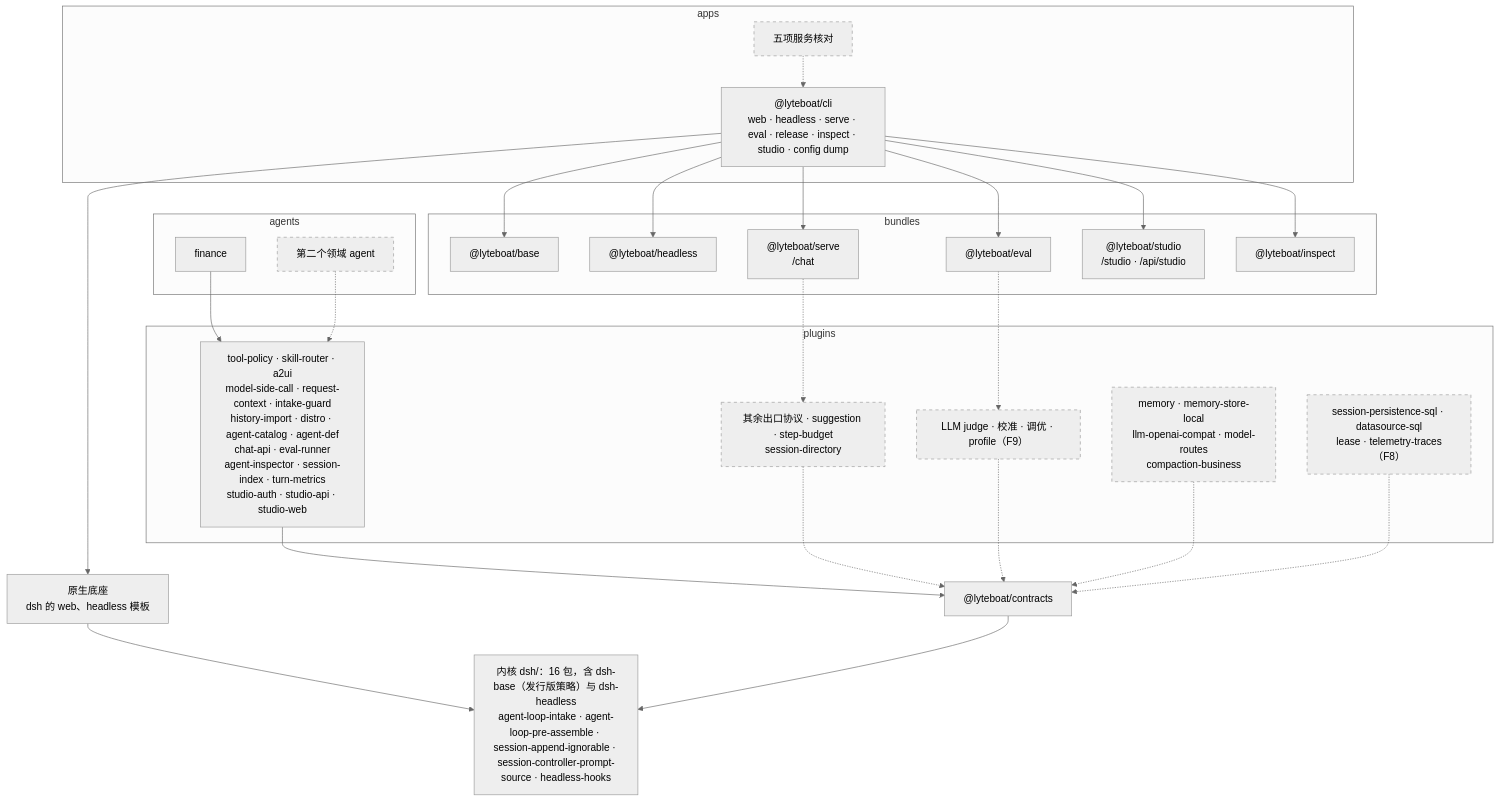
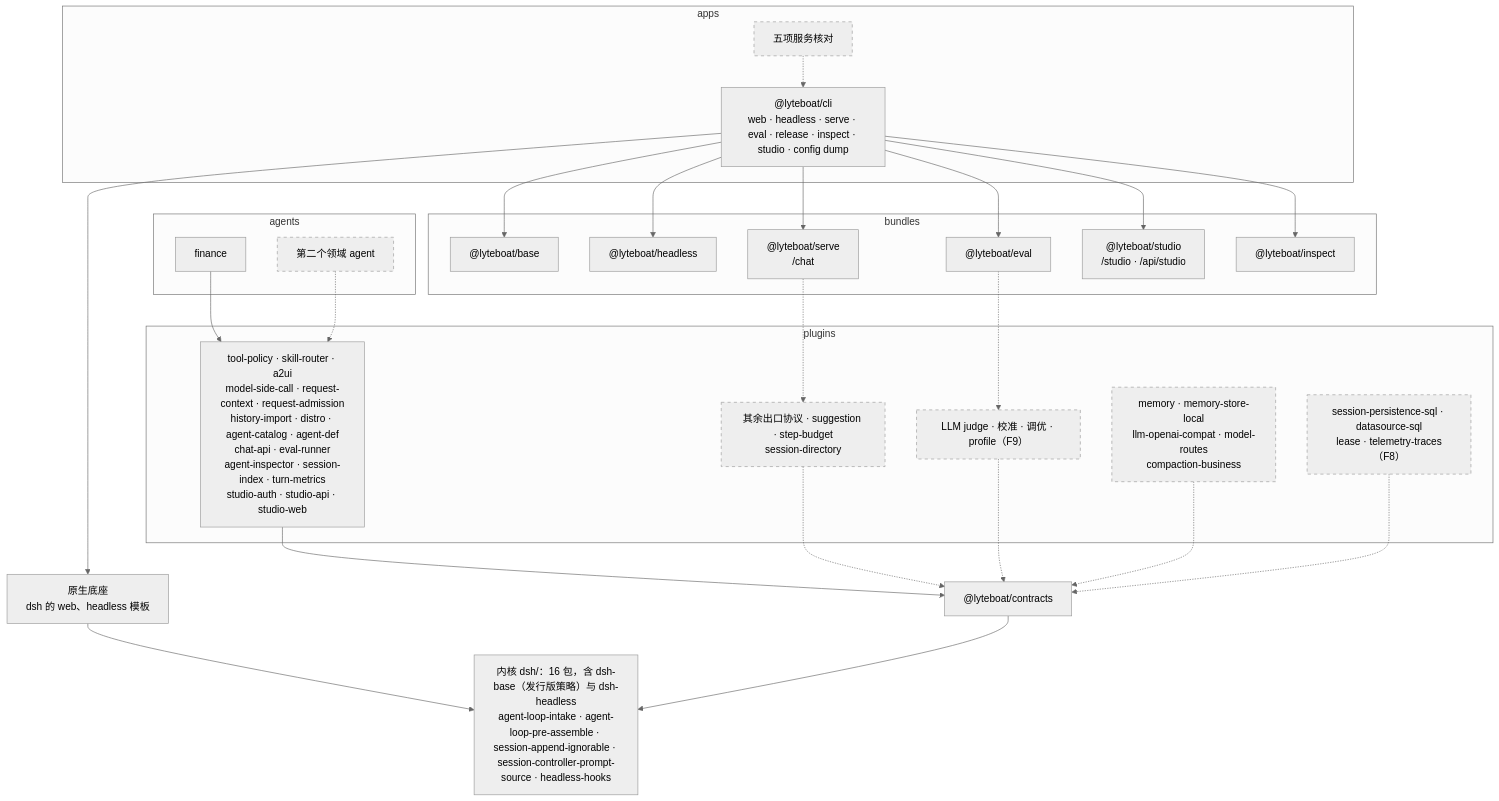
Before and after one commit to lyteboat/lyteboat: the second of 3 diagrams in docs/04-reference-alignment.md, drawn with Mermaid (neutral theme). The commit also changed other lines of this file and 7 other files, not shown here.

First line of the commit message:
docs: @lyteboat/request-admission — the docs describe admission at each turn's first step

````diff
--- a/docs/04-reference-alignment.md
+++ b/docs/04-reference-alignment.md
@@ -721,50 +720,50 @@
 ```mermaid
 flowchart TB
   subgraph APPS["apps"]
     CLI["@lyteboat/cli<br/>web · headless · serve · eval · release · inspect · studio · config dump"]
     CLIN["五项服务核对"]
   end
   subgraph BUNDLES["bundles"]
     BASE["@lyteboat/base"]
     RUN["@lyteboat/headless"]
     SERVE["@lyteboat/serve<br/>/chat"]
     EVAL["@lyteboat/eval"]
     STUDIO["@lyteboat/studio<br/>/studio · /api/studio"]
     INSPECT["@lyteboat/inspect"]
   end
   subgraph AGENTS["agents"]
     FIN["finance"]
     AG2["第二个领域 agent"]
   end
   subgraph PLUGINS["plugins"]
-    HAVE["tool-policy · skill-router · a2ui<br/>model-side-call · request-context · intake-guard<br/>history-import · distro · agent-catalog · agent-def<br/>chat-api · eval-runner<br/>agent-inspector · session-index · turn-metrics<br/>studio-auth · studio-api · studio-web"]
+    HAVE["tool-policy · skill-router · a2ui<br/>model-side-call · request-context · request-admission<br/>history-import · distro · agent-catalog · agent-def<br/>chat-api · eval-runner<br/>agent-inspector · session-index · turn-metrics<br/>studio-auth · studio-api · studio-web"]
     WIRE["其余出口协议 · suggestion · step-budget<br/>session-directory"]
     JUDGE["LLM judge · 校准 · 调优 · profile（F9）"]
     MEM["memory · memory-store-local<br/>llm-openai-compat · model-routes<br/>compaction-business"]
     MULTI["session-persistence-sql · datasource-sql<br/>lease · telemetry-traces（F8）"]
   end
   NATIVE["原生底座<br/>dsh 的 web、headless 模板"]
   CT["@lyteboat/contracts"]
   K["内核 dsh/：16 包，含 dsh-base（发行版策略）与 dsh-headless<br/>agent-loop-intake · agent-loop-pre-assemble · session-append-ignorable · session-controller-prompt-source · headless-hooks"]
   CLI --> NATIVE
   NATIVE --> K
   CLI --> BASE
   CLI --> RUN
   CLI --> SERVE
   CLI --> EVAL
   CLI --> STUDIO
   CLI --> INSPECT
   CLIN -.-> CLI
   SERVE -.-> WIRE
   EVAL -.-> JUDGE
   FIN --> HAVE
   AG2 -.-> HAVE
   HAVE --> CT
   WIRE -.-> CT
   JUDGE -.-> CT
   MEM -.-> CT
   MULTI -.-> CT
   CT --> K
   classDef planned stroke-dasharray: 5 5
   class CLIN,AG2,WIRE,JUDGE,MEM,MULTI planned
 ```
````
